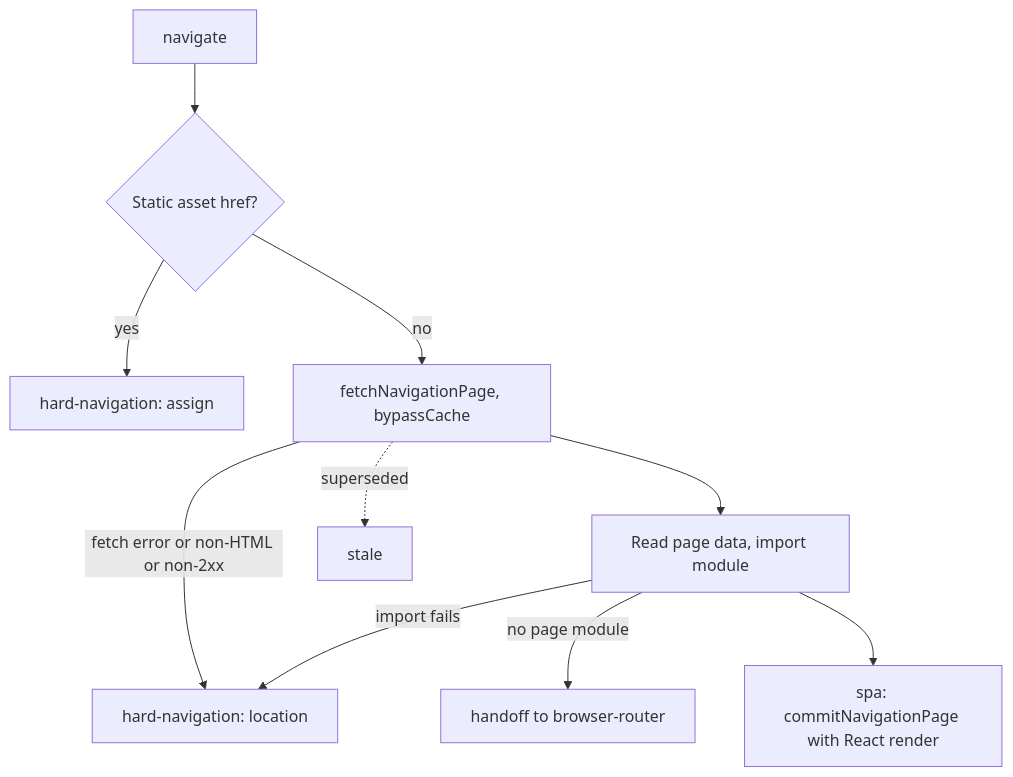
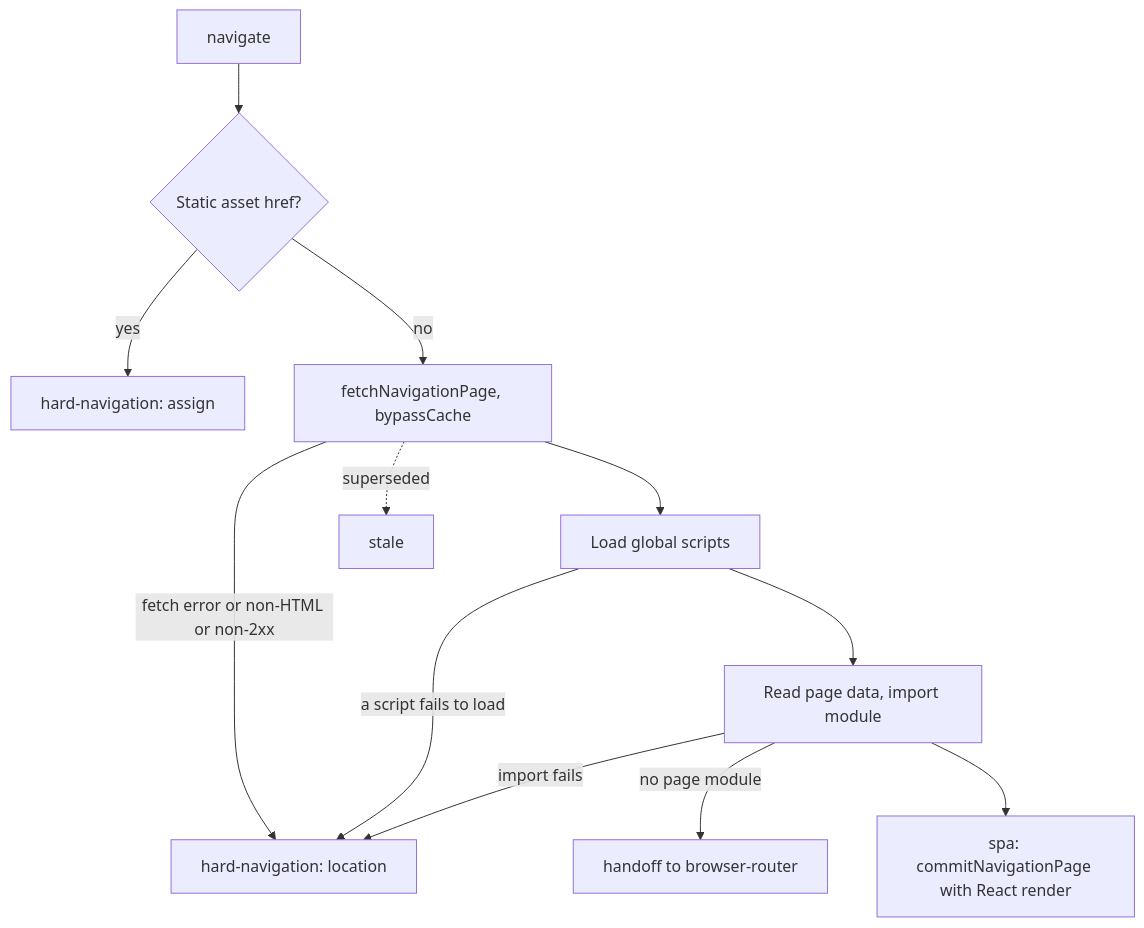
One commit to ecopages/ecopages changed the diagram in apps/docs/src/content/dev/react-router.mdx. Above: the diagram before and after it, drawn with Mermaid. The commit also changed other lines of this file and 4 other files, not shown here.

First line of the commit message:
docs: document loading global scripts before a client navigation imports a Page

````diff
--- a/apps/docs/src/content/dev/react-router.mdx
+++ b/apps/docs/src/content/dev/react-router.mdx
@@ -42,12 +43,14 @@
 ```mermaid
 flowchart TD
   A[navigate] --> S{"Static asset href?"}
   S -->|yes| H1["hard-navigation: assign"]
   S -->|no| F["fetchNavigationPage, bypassCache"]
   F -->|"fetch error or non-HTML or non-2xx"| H2["hard-navigation: location"]
-  F --> M["Read page data, import module"]
+  F --> G["Load global scripts"]
+  G -->|"a script fails to load"| H2
+  G --> M["Read page data, import module"]
   M -->|"import fails"| H2
   M -->|"no page module"| HO["handoff to browser-router"]
   M --> SPA["spa: commitNavigationPage with React render"]
   F -.->|"superseded"| ST[stale]
 ```
````
